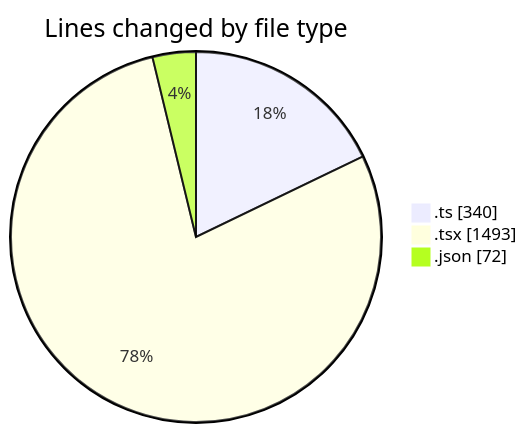
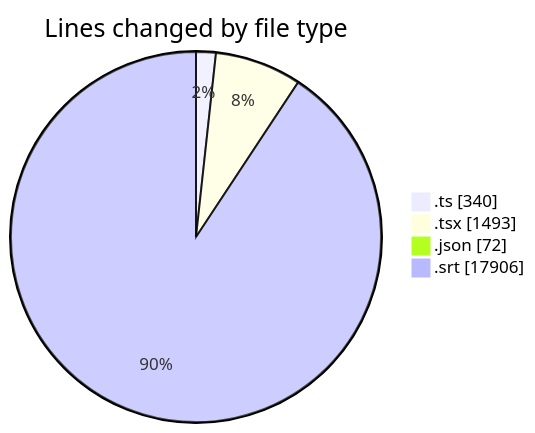
Before and after one commit to momahboobian/code-tracking: the first of 2 diagrams in 2026-10-15/cda/README.md, drawn with Mermaid. The commit also changed other lines of this file and 1 other file, not shown here.

````diff
--- a/2026-10-15/cda/README.md
+++ b/2026-10-15/cda/README.md
@@ -26,7 +27,8 @@
 ```mermaid
 pie showData
 title Lines changed by file type
 ".ts" : 340
 ".tsx" : 1493
 ".json" : 72
+".srt" : 17906
 ```
````
